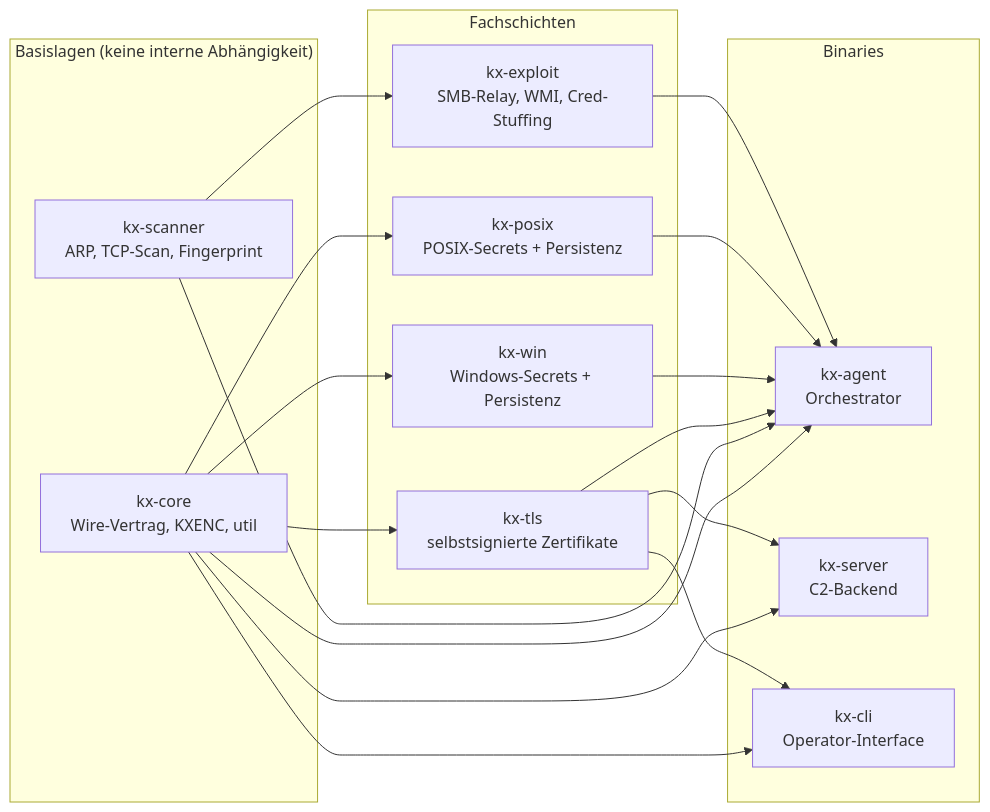
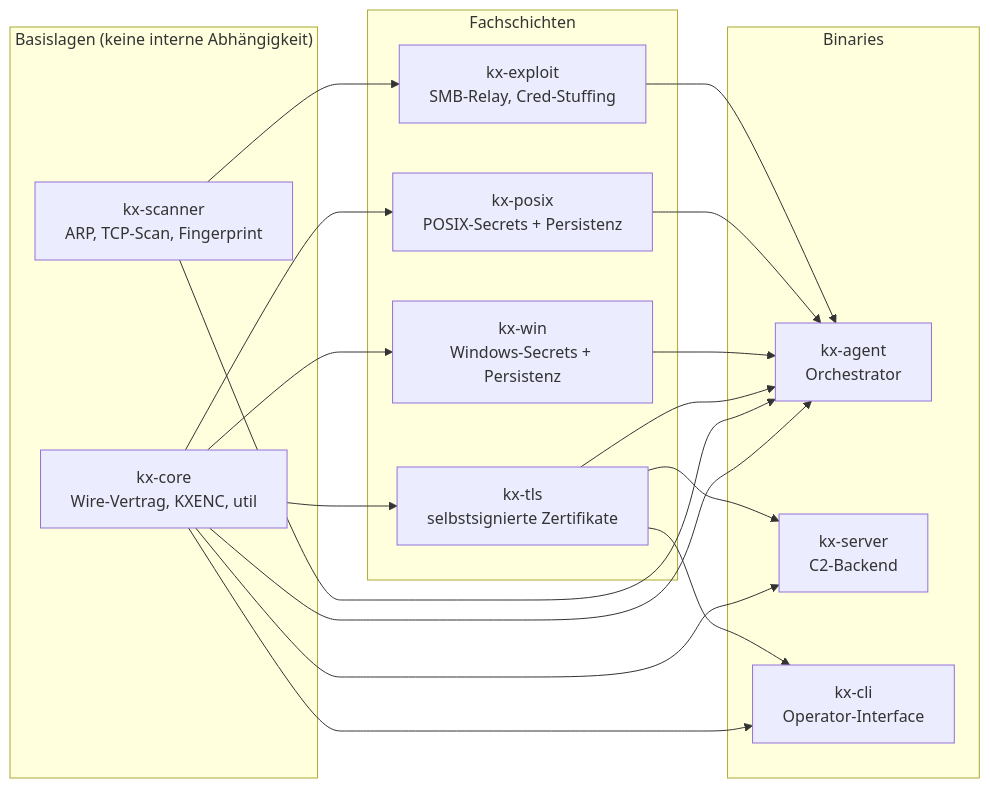
One commit to arn0ld87/testwurm changed the first of 2 diagrams in README.md. Above: the diagram before and after it, drawn with Mermaid. The commit also changed other lines of this file and 19 other files, not shown here.

First line of the commit message:
refactor(kx-exploit): WMI-Ausführungspfad entfernen (ISSUE-7) (#23)

````diff
--- a/README.md
+++ b/README.md
@@ -96,33 +94,33 @@
 ```mermaid
 graph LR
     subgraph Basis["Basislagen (keine interne Abhängigkeit)"]
         CORE["kx-core<br/>Wire-Vertrag, KXENC, util"]
         SCAN["kx-scanner<br/>ARP, TCP-Scan, Fingerprint"]
     end
     subgraph Fach["Fachschichten"]
         TLS["kx-tls<br/>selbstsignierte Zertifikate"]
         WIN["kx-win<br/>Windows-Secrets + Persistenz"]
         POSIX["kx-posix<br/>POSIX-Secrets + Persistenz"]
-        EXPL["kx-exploit<br/>SMB-Relay, WMI, Cred-Stuffing"]
+        EXPL["kx-exploit<br/>SMB-Relay, Cred-Stuffing"]
     end
     subgraph Binaries["Binaries"]
         AGENT["kx-agent<br/>Orchestrator"]
         SERVER["kx-server<br/>C2-Backend"]
         CLI["kx-cli<br/>Operator-Interface"]
     end
 
     CORE --> TLS
     CORE --> WIN
     CORE --> POSIX
     CORE --> AGENT
     CORE --> SERVER
     CORE --> CLI
     SCAN --> EXPL
     SCAN --> AGENT
     TLS --> AGENT
     TLS --> SERVER
     TLS --> CLI
     WIN --> AGENT
     POSIX --> AGENT
     EXPL --> AGENT
 ```
````
